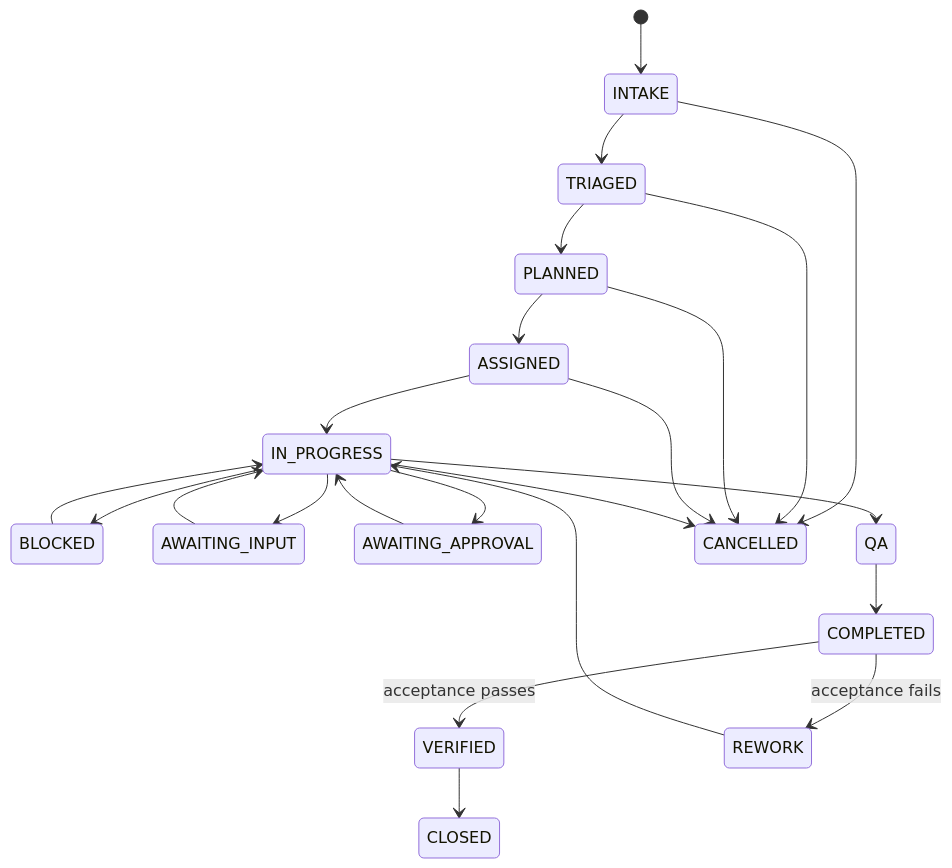
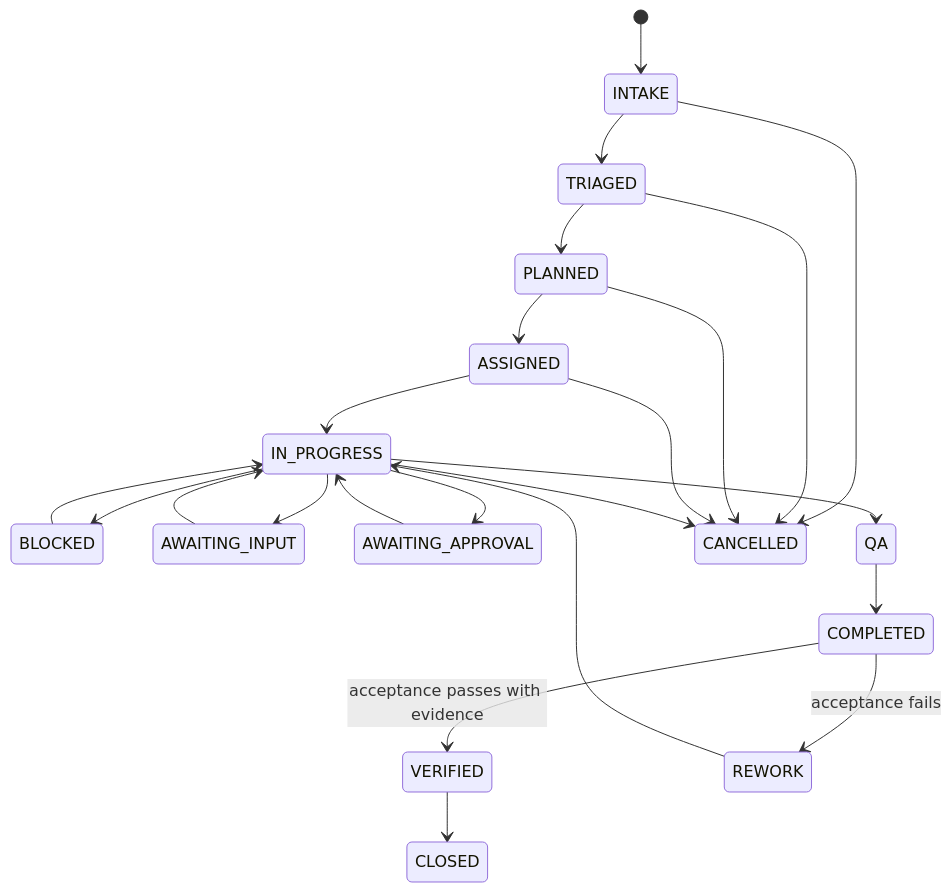
Before and after one commit to mkleinbe/mesh-ai-agent-cos-universe: the second of 3 diagrams in docs/phase-1-operating-contract.md, drawn with Mermaid. The commit also changed other lines of this file, not shown here.

````diff
--- a/docs/phase-1-operating-contract.md
+++ b/docs/phase-1-operating-contract.md
@@ -120,25 +125,25 @@
 ```mermaid
 stateDiagram-v2
     [*] --> INTAKE
     INTAKE --> TRIAGED
     TRIAGED --> PLANNED
     PLANNED --> ASSIGNED
     ASSIGNED --> IN_PROGRESS
     IN_PROGRESS --> BLOCKED
     IN_PROGRESS --> AWAITING_INPUT
     IN_PROGRESS --> AWAITING_APPROVAL
     IN_PROGRESS --> QA
     BLOCKED --> IN_PROGRESS
     AWAITING_INPUT --> IN_PROGRESS
     AWAITING_APPROVAL --> IN_PROGRESS
     QA --> COMPLETED
-    COMPLETED --> VERIFIED: acceptance passes
+    COMPLETED --> VERIFIED: acceptance passes with evidence
     COMPLETED --> REWORK: acceptance fails
     REWORK --> IN_PROGRESS
     VERIFIED --> CLOSED
     INTAKE --> CANCELLED
     TRIAGED --> CANCELLED
     PLANNED --> CANCELLED
     ASSIGNED --> CANCELLED
     IN_PROGRESS --> CANCELLED
 ```
````
